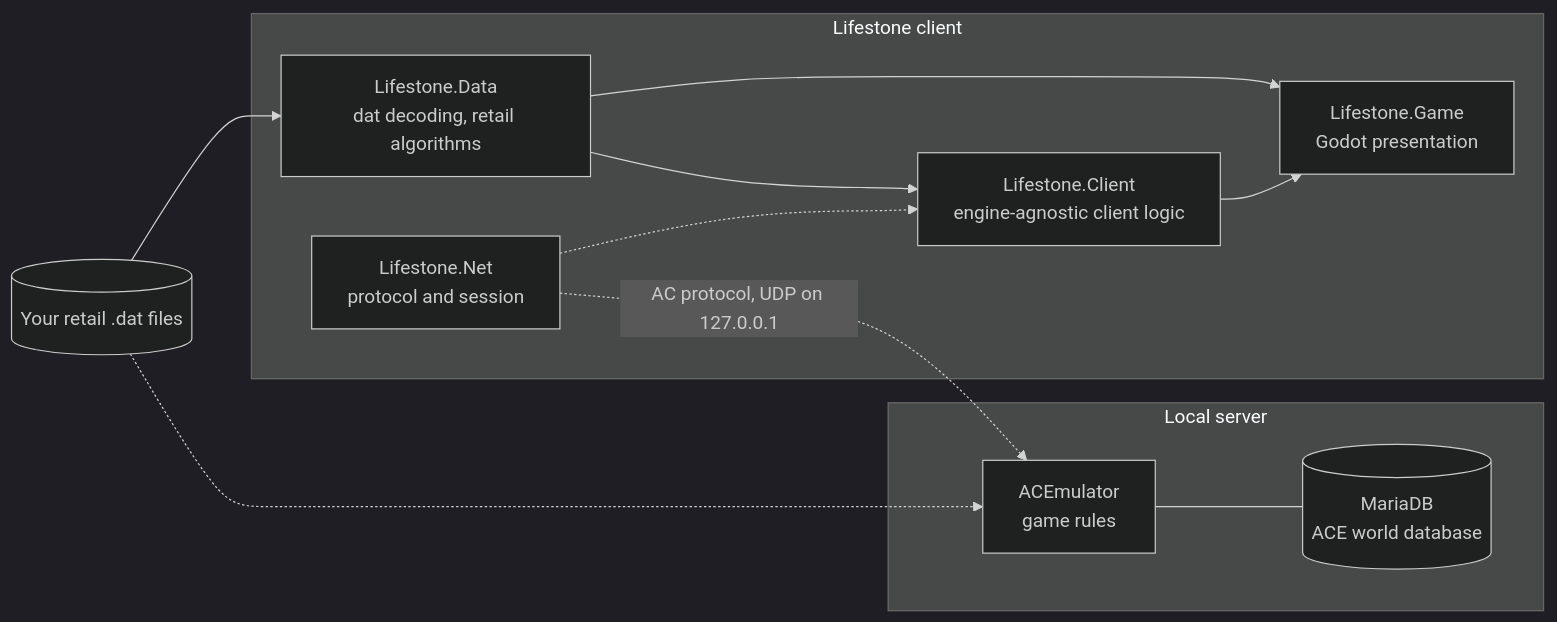
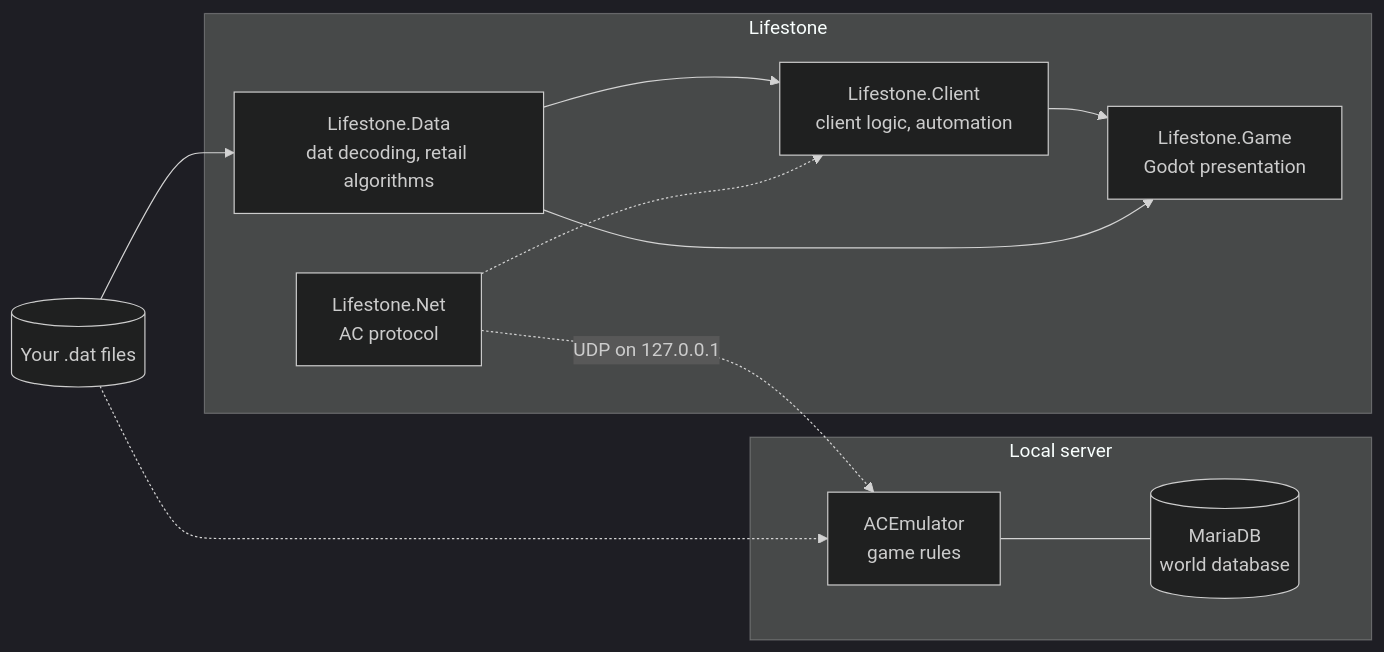
The diagram in README.md (winniegreene/lifestone), drawn with Mermaid (dark theme) before and after one commit. The commit also changed other lines of this file and 29 other files, not shown here.

````diff
--- a/README.md
+++ b/README.md
@@ -347,22 +150,20 @@
 ```mermaid
 flowchart LR
-    dats[("Your retail .dat files")]
-    subgraph lifestone ["Lifestone client"]
+    dats[("Your .dat files")]
+    subgraph lifestone ["Lifestone"]
         data["Lifestone.Data<br/>dat decoding, retail algorithms"]
-        client["Lifestone.Client<br/>engine-agnostic client logic"]
+        client["Lifestone.Client<br/>client logic, automation"]
         game["Lifestone.Game<br/>Godot presentation"]
-        net["Lifestone.Net<br/>protocol and session"]
+        net["Lifestone.Net<br/>AC protocol"]
     end
     subgraph server ["Local server"]
         ace["ACEmulator<br/>game rules"]
-        db[("MariaDB<br/>ACE world database")]
+        db[("MariaDB<br/>world database")]
     end
-    dats --> data
-    data --> client
+    dats --> data --> client --> game
     data --> game
-    client --> game
     net -.-> client
     dats -.-> ace
     ace --- db
-    net -.->|"AC protocol, UDP on 127.0.0.1"| ace
+    net -.->|"UDP on 127.0.0.1"| ace
 ```
````
